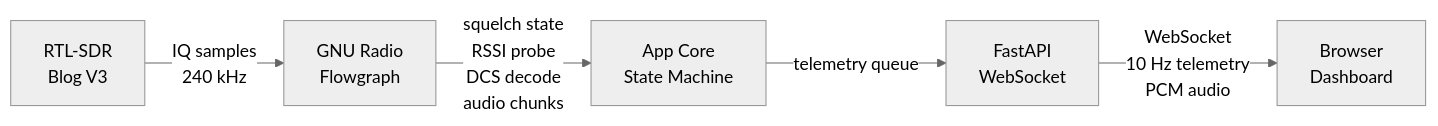
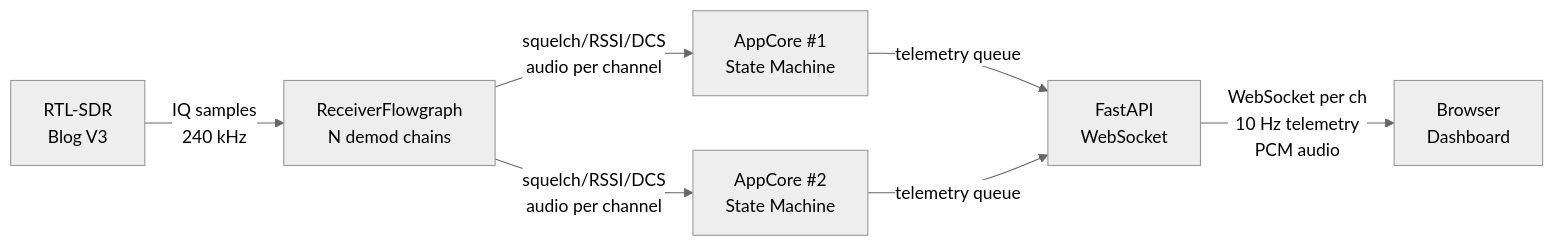
The first of 5 diagrams in DESIGN.md (MikesRND/sdr-rx), drawn with Mermaid (neutral theme) before and after one commit. The commit also changed other lines of this file and 11 other files, not shown here.

First line of the commit message:
Dual-channel receiver

````diff
--- a/DESIGN.md
+++ b/DESIGN.md
@@ -16,13 +17,16 @@
 ```mermaid
 flowchart LR
     SDR[RTL-SDR<br/>Blog V3]
-    GR[GNU Radio<br/>Flowgraph]
-    APP[App Core<br/>State Machine]
+    GR[ReceiverFlowgraph<br/>N demod chains]
+    APP1[AppCore #1<br/>State Machine]
+    APP2[AppCore #2<br/>State Machine]
     WEB[FastAPI<br/>WebSocket]
     UI[Browser<br/>Dashboard]
 
     SDR -->|IQ samples<br/>240 kHz| GR
-    GR -->|squelch state<br/>RSSI probe<br/>DCS decode<br/>audio chunks| APP
-    APP -->|telemetry queue| WEB
-    WEB -->|WebSocket<br/>10 Hz telemetry<br/>PCM audio| UI
+    GR -->|squelch/RSSI/DCS<br/>audio per channel| APP1
+    GR -->|squelch/RSSI/DCS<br/>audio per channel| APP2
+    APP1 -->|telemetry queue| WEB
+    APP2 -->|telemetry queue| WEB
+    WEB -->|WebSocket per ch<br/>10 Hz telemetry<br/>PCM audio| UI
 ```
````
